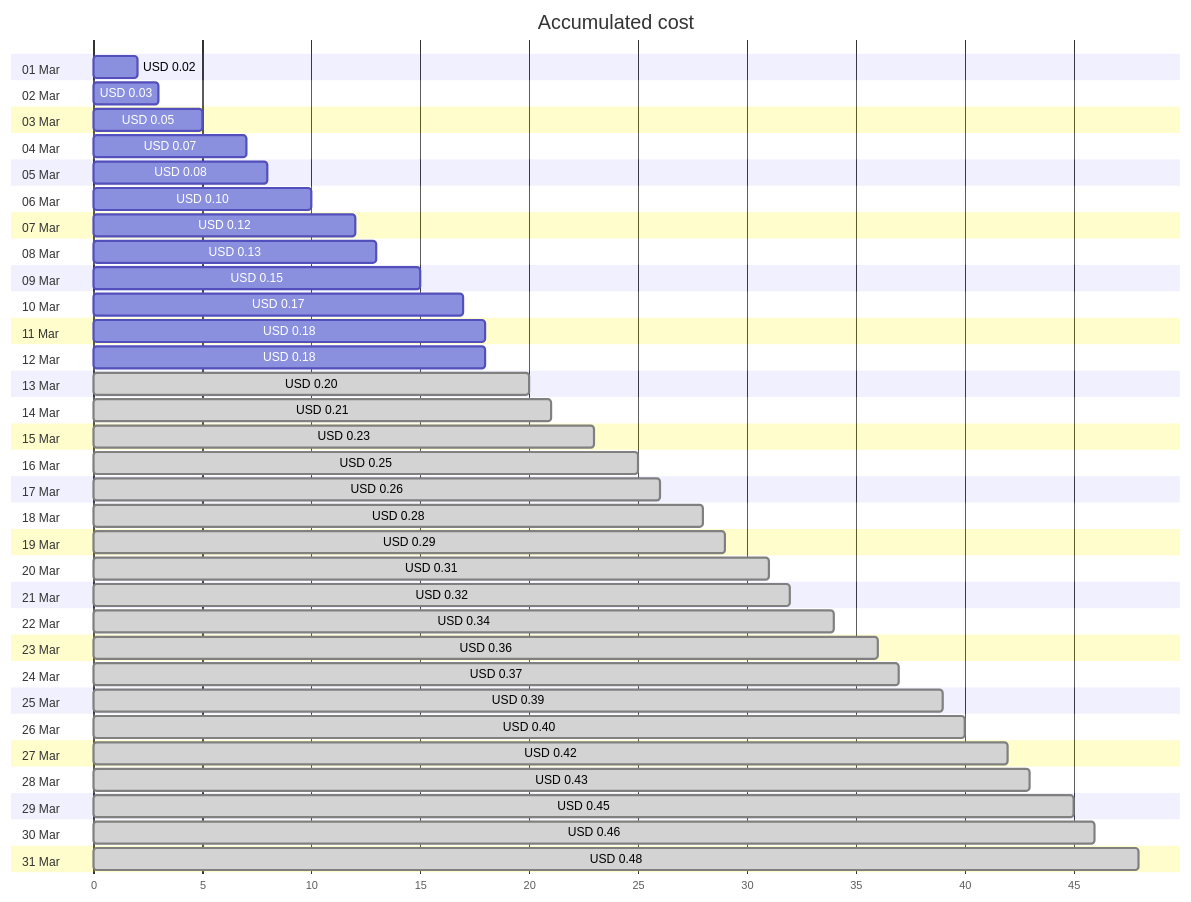
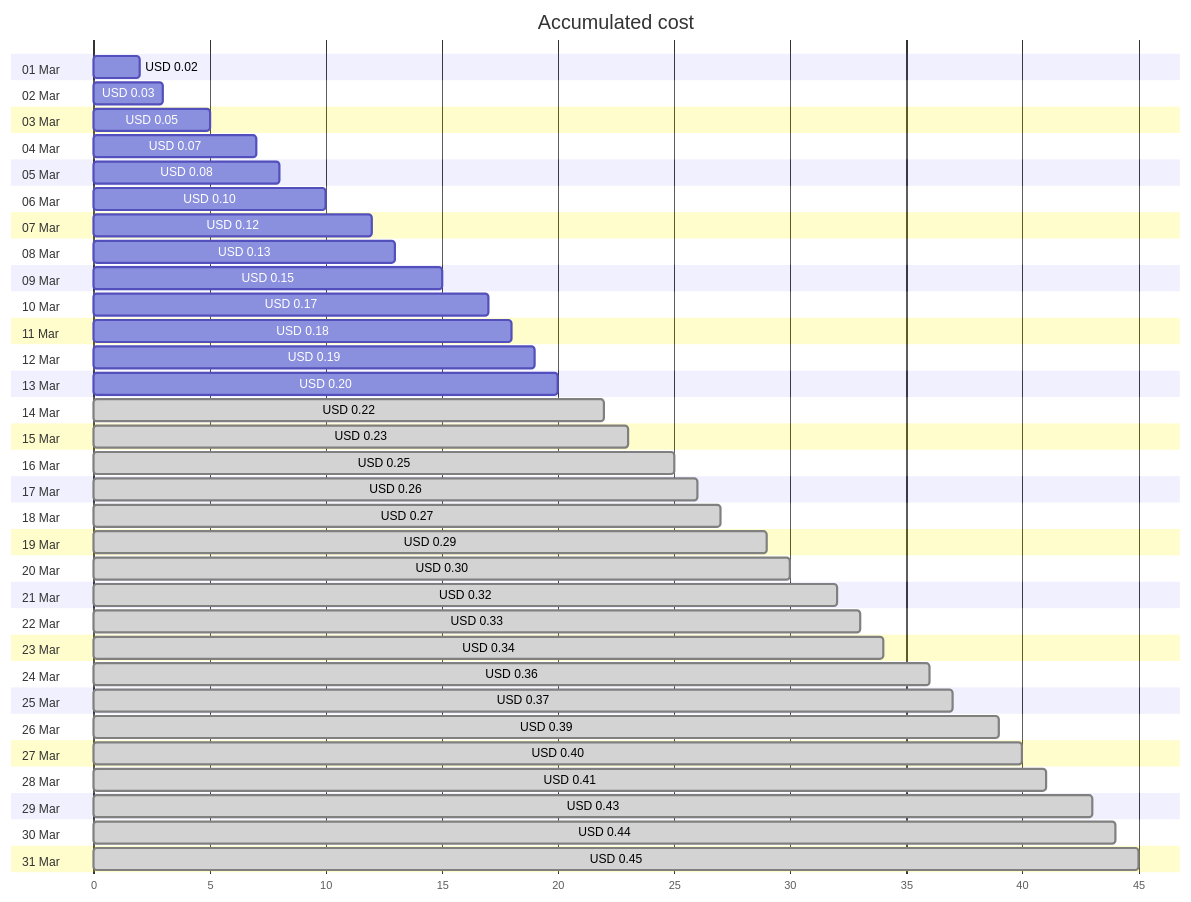
One commit to jpfulton/azure-personal-reports changed the first of 4 diagrams in cost-reports/personal-dns/jpatrickfulton.dev.md. Above: the diagram before and after it, drawn with Mermaid. The commit also changed other lines of this file and 2 other files, not shown here.

````diff
--- a/cost-reports/personal-dns/jpatrickfulton.dev.md
+++ b/cost-reports/personal-dns/jpatrickfulton.dev.md
@@ -20,68 +20,68 @@
 ```mermaid
 gantt
    title Accumulated cost
    dateFormat  X
    axisFormat %s
    section 01 Mar
    USD 0.02 :0, 2
    section 02 Mar
    USD 0.03 :0, 3
    section 03 Mar
    USD 0.05 :0, 5
    section 04 Mar
    USD 0.07 :0, 7
    section 05 Mar
    USD 0.08 :0, 8
    section 06 Mar
    USD 0.10 :0, 10
    section 07 Mar
    USD 0.12 :0, 12
    section 08 Mar
    USD 0.13 :0, 13
    section 09 Mar
    USD 0.15 :0, 15
    section 10 Mar
    USD 0.17 :0, 17
    section 11 Mar
    USD 0.18 :0, 18
    section 12 Mar
-   USD 0.18 :0, 18
+   USD 0.19 :0, 19
    section 13 Mar
-   USD 0.20 : done, 0, 20
+   USD 0.20 :0, 20
    section 14 Mar
-   USD 0.21 : done, 0, 21
+   USD 0.22 : done, 0, 22
    section 15 Mar
    USD 0.23 : done, 0, 23
    section 16 Mar
    USD 0.25 : done, 0, 25
    section 17 Mar
    USD 0.26 : done, 0, 26
    section 18 Mar
-   USD 0.28 : done, 0, 28
+   USD 0.27 : done, 0, 27
    section 19 Mar
    USD 0.29 : done, 0, 29
    section 20 Mar
-   USD 0.31 : done, 0, 31
+   USD 0.30 : done, 0, 30
    section 21 Mar
    USD 0.32 : done, 0, 32
    section 22 Mar
+   USD 0.33 : done, 0, 33
+   section 23 Mar
    USD 0.34 : done, 0, 34
-   section 23 Mar
+   section 24 Mar
    USD 0.36 : done, 0, 36
-   section 24 Mar
+   section 25 Mar
    USD 0.37 : done, 0, 37
-   section 25 Mar
+   section 26 Mar
    USD 0.39 : done, 0, 39
-   section 26 Mar
+   section 27 Mar
    USD 0.40 : done, 0, 40
-   section 27 Mar
-   USD 0.42 : done, 0, 42
    section 28 Mar
+   USD 0.41 : done, 0, 41
+   section 29 Mar
    USD 0.43 : done, 0, 43
-   section 29 Mar
+   section 30 Mar
+   USD 0.44 : done, 0, 44
+   section 31 Mar
    USD 0.45 : done, 0, 45
-   section 30 Mar
-   USD 0.46 : done, 0, 46
-   section 31 Mar
-   USD 0.48 : done, 0, 48
 ```
````
